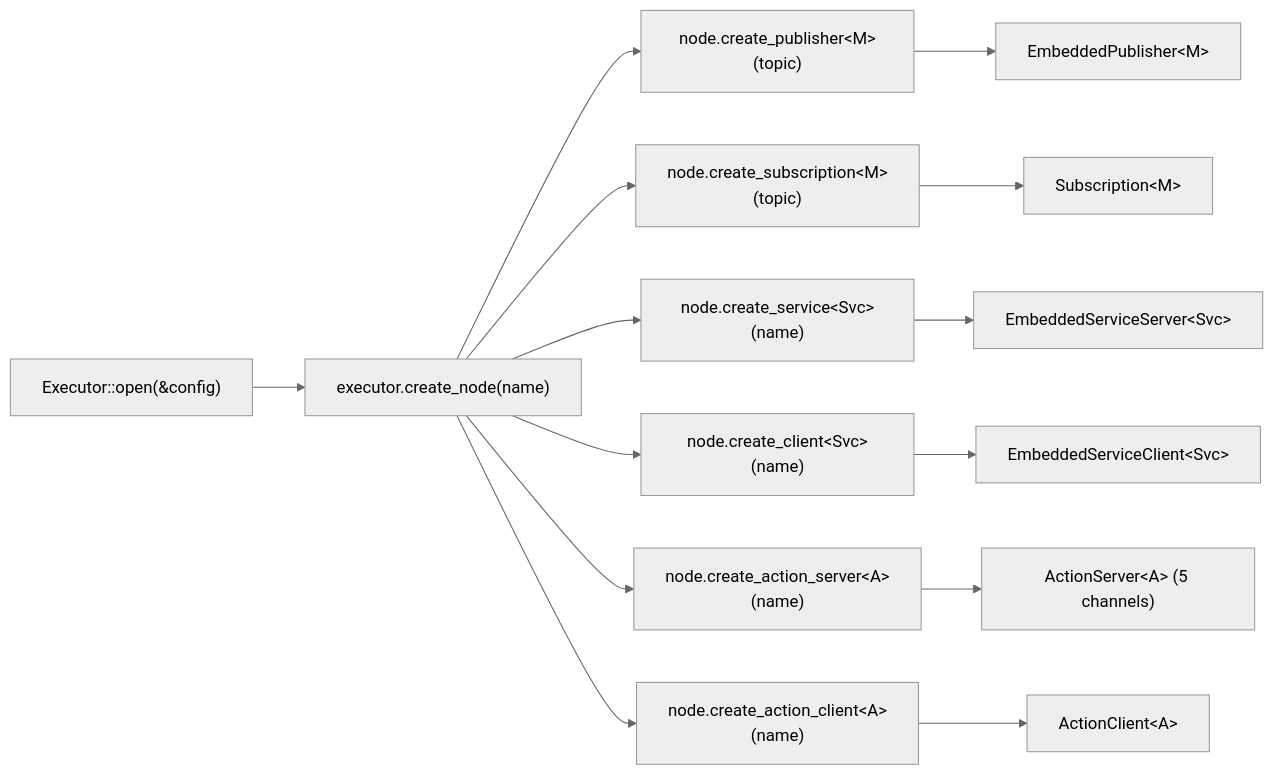
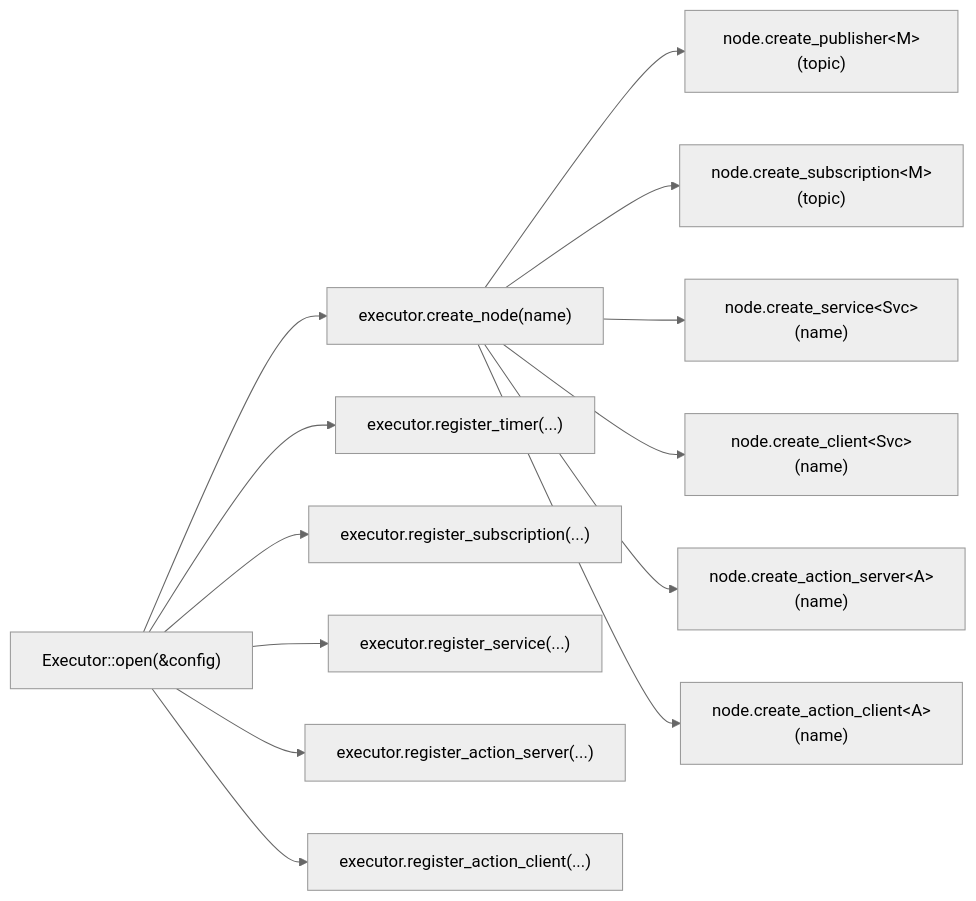
The fourth of 13 diagrams in book/src/concepts/architecture.md (NEWSLabNTU/nano-ros), drawn with Mermaid (neutral theme) before and after one commit. The commit also changed other lines of this file and 7 other files, not shown here.

````diff
--- a/book/src/concepts/architecture.md
+++ b/book/src/concepts/architecture.md
@@ -353,17 +363,15 @@
 ```mermaid
 graph LR
     EX["Executor::open(&config)"] --> NODE["executor.create_node(name)"]
+    EX --> REG_T["executor.register_timer(...)"]
+    EX --> REG_SUB["executor.register_subscription(...)"]
+    EX --> REG_SVC["executor.register_service(...)"]
+    EX --> REG_AS["executor.register_action_server(...)"]
+    EX --> REG_AC["executor.register_action_client(...)"]
     NODE --> PUB["node.create_publisher&lt;M&gt;(topic)"]
     NODE --> SUB["node.create_subscription&lt;M&gt;(topic)"]
     NODE --> SRV["node.create_service&lt;Svc&gt;(name)"]
     NODE --> CLI["node.create_client&lt;Svc&gt;(name)"]
     NODE --> AS["node.create_action_server&lt;A&gt;(name)"]
     NODE --> AC["node.create_action_client&lt;A&gt;(name)"]
-
-    PUB --> P["EmbeddedPublisher&lt;M&gt;"]
-    SUB --> S["Subscription&lt;M&gt;"]
-    SRV --> SS["EmbeddedServiceServer&lt;Svc&gt;"]
-    CLI --> SC["EmbeddedServiceClient&lt;Svc&gt;"]
-    AS --> ASH["ActionServer&lt;A&gt; (5 channels)"]
-    AC --> ACH["ActionClient&lt;A&gt;"]
 ```
````
